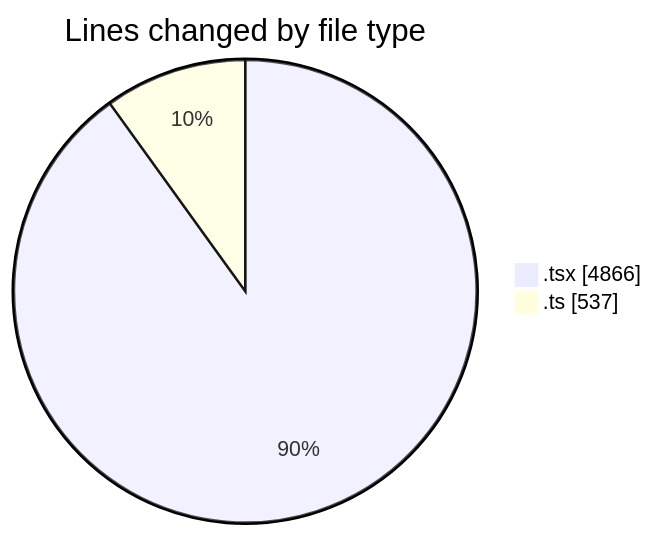
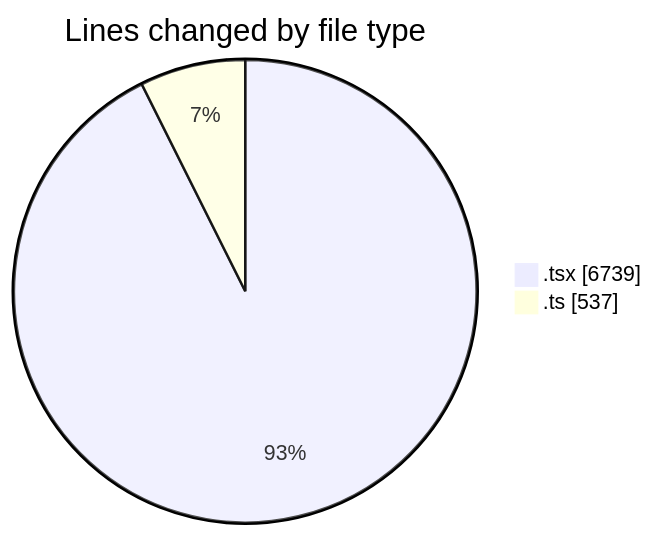
One commit to nxtqubesakshisongat/code-tracking changed the first of 2 diagrams in 2026-03-10/nxtqube_webapp/README.md. Above: the diagram before and after it, drawn with Mermaid. The commit also changed other lines of this file and 1 other file, not shown here.

````diff
--- a/2026-03-10/nxtqube_webapp/README.md
+++ b/2026-03-10/nxtqube_webapp/README.md
@@ -31,6 +32,6 @@
 ```mermaid
 pie showData
 title Lines changed by file type
-".tsx" : 4866
+".tsx" : 6739
 ".ts" : 537
 ```
````
